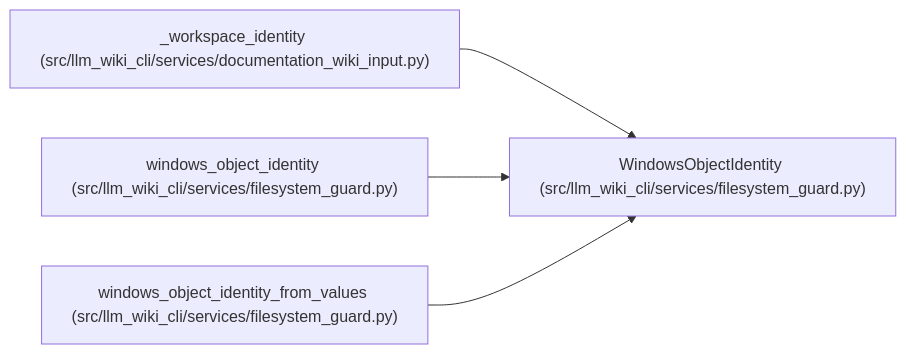
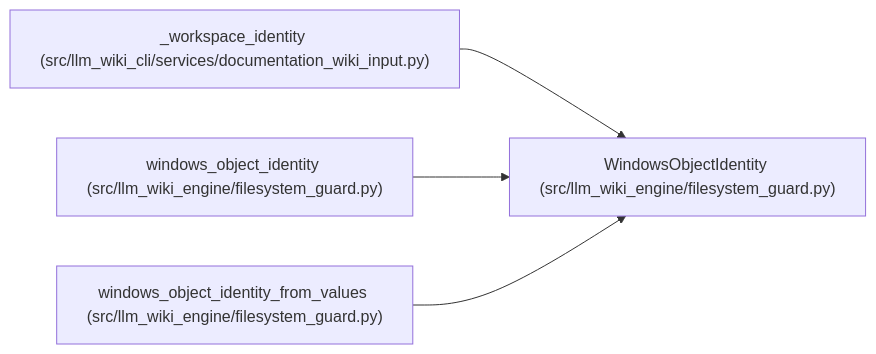
The diagram in docs/llm_wiki/entities/WindowsObjectIdentity.md (Denissvgn/python-wiki-llm), drawn with Mermaid before and after one commit. The commit also changed other lines of this file and 739 other files, not shown here.

First line of the commit message:
docs: refresh the wiki for the second engine batch

````diff
--- a/docs/llm_wiki/entities/WindowsObjectIdentity.md
+++ b/docs/llm_wiki/entities/WindowsObjectIdentity.md
@@ -30,14 +30,14 @@
 ```mermaid
 flowchart LR
-    n0["WindowsObjectIdentity (src/llm_wiki_cli/services/filesystem_guard.py)"]
+    n0["WindowsObjectIdentity (src/llm_wiki_engine/filesystem_guard.py)"]
     n1["_workspace_identity (src/llm_wiki_cli/services/documentation_wiki_input.py)"]
-    n2["windows_object_identity (src/llm_wiki_cli/services/filesystem_guard.py)"]
-    n3["windows_object_identity_from_values (src/llm_wiki_cli/services/filesystem_guard.py)"]
+    n2["windows_object_identity (src/llm_wiki_engine/filesystem_guard.py)"]
+    n3["windows_object_identity_from_values (src/llm_wiki_engine/filesystem_guard.py)"]
     n1 --> n0
     n2 --> n0
     n3 --> n0
     click n0 "../modules/filesystem_guard.md"
     click n1 "../modules/documentation_wiki_input.md"
     click n2 "../modules/filesystem_guard.md"
     click n3 "../modules/filesystem_guard.md"
 ```
````
